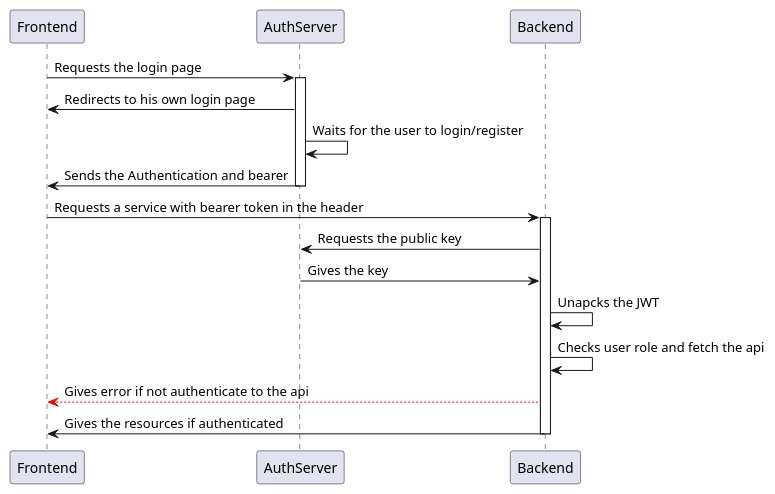
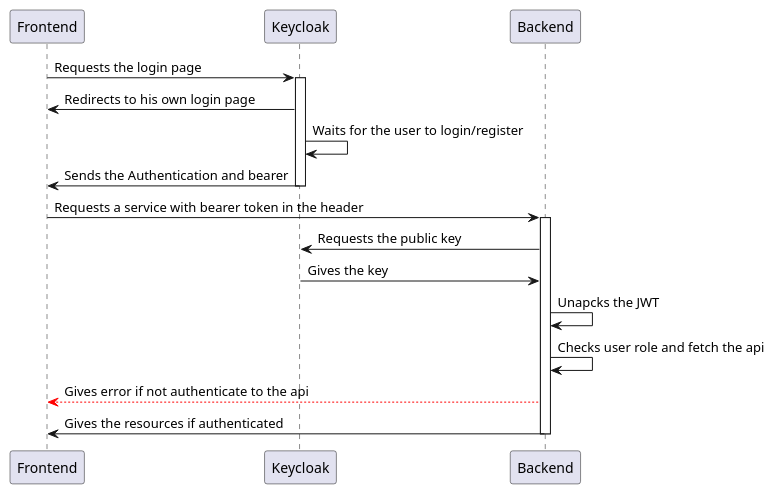
One commit to VitoSpritz/cloud-proj changed the diagram in docs/imgs/oauth.wsd. Above: the diagram before and after it, drawn with PlantUML. The commit also changed 7 other files, not shown here.

```diff
--- a/docs/imgs/oauth.wsd
+++ b/docs/imgs/oauth.wsd
@@ -1,17 +1,17 @@
 @startuml oauth
-Frontend -> AuthServer: Requests the login page
-activate AuthServer
-AuthServer -> Frontend: Redirects to his own login page
-AuthServer -> AuthServer: Waits for the user to login/register
-AuthServer -> Frontend: Sends the Authentication and bearer
-deactivate AuthServer
+Frontend -> Keycloak: Requests the login page
+activate Keycloak
+Keycloak -> Frontend: Redirects to his own login page
+Keycloak -> Keycloak: Waits for the user to login/register
+Keycloak -> Frontend: Sends the Authentication and bearer
+deactivate Keycloak
 Frontend -> Backend: Requests a service with bearer token in the header
 activate Backend
-Backend -> AuthServer: Requests the public key
-AuthServer -> Backend: Gives the key
+Backend -> Keycloak: Requests the public key
+Keycloak -> Backend: Gives the key
 Backend -> Backend: Unapcks the JWT
 Backend -> Backend: Checks user role and fetch the api
 Backend -[#red]-> Frontend: Gives error if not authenticate to the api
 Backend -> Frontend: Gives the resources if authenticated
 deactivate Backend
 @enduml
```
